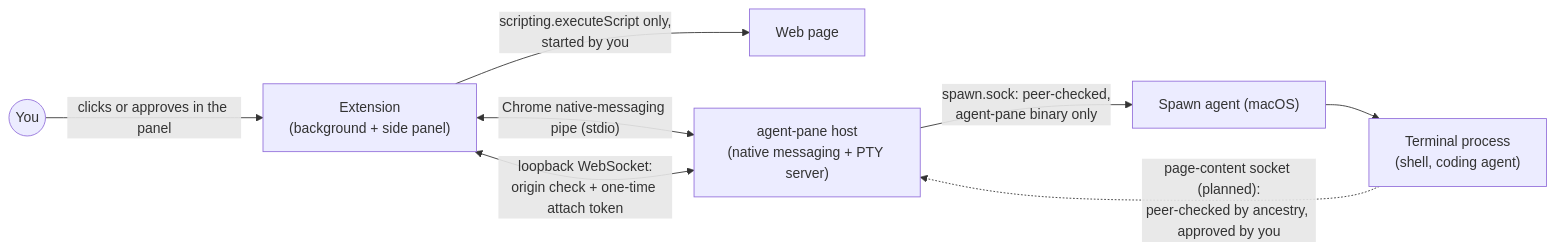
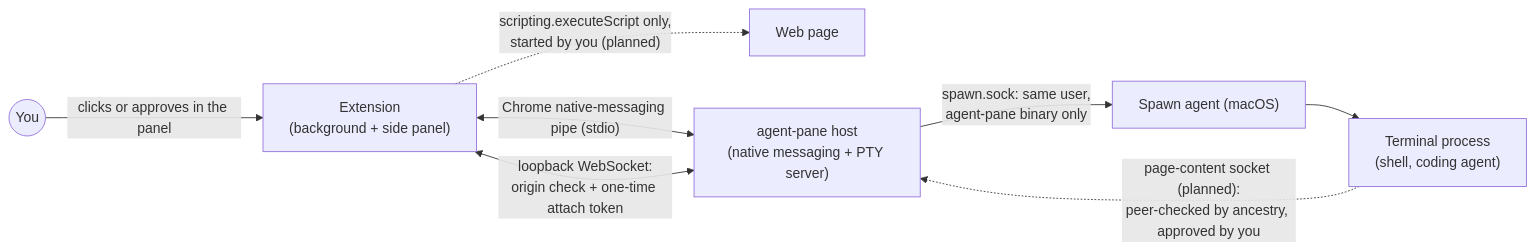
The diagram in README.md (asakin/agent-pane), drawn with Mermaid before and after one commit. The commit also changed other lines of this file and 24 other files, not shown here.

````diff
--- a/README.md
+++ b/README.md
@@ -87,17 +87,17 @@
 ```mermaid
 flowchart LR
   user((You))
   page["Web page"]
   ext["Extension<br/>(background + side panel)"]
   host["agent-pane host<br/>(native messaging + PTY server)"]
   spawn["Spawn agent (macOS)"]
   term["Terminal process<br/>(shell, coding agent)"]
 
   user -- "clicks or approves in the panel" --> ext
-  ext -- "scripting.executeScript only,<br/>started by you" --> page
+  ext -. "scripting.executeScript only,<br/>started by you (planned)" .-> page
   ext <-- "Chrome native-messaging pipe (stdio)" --> host
   ext <-- "loopback WebSocket:<br/>origin check + one-time attach token" --> host
-  host -- "spawn.sock: peer-checked,<br/>agent-pane binary only" --> spawn
+  host -- "spawn.sock: same user,<br/>agent-pane binary only" --> spawn
   spawn --> term
   term -. "page-content socket (planned):<br/>peer-checked by ancestry, approved by you" .-> host
 ```
````
